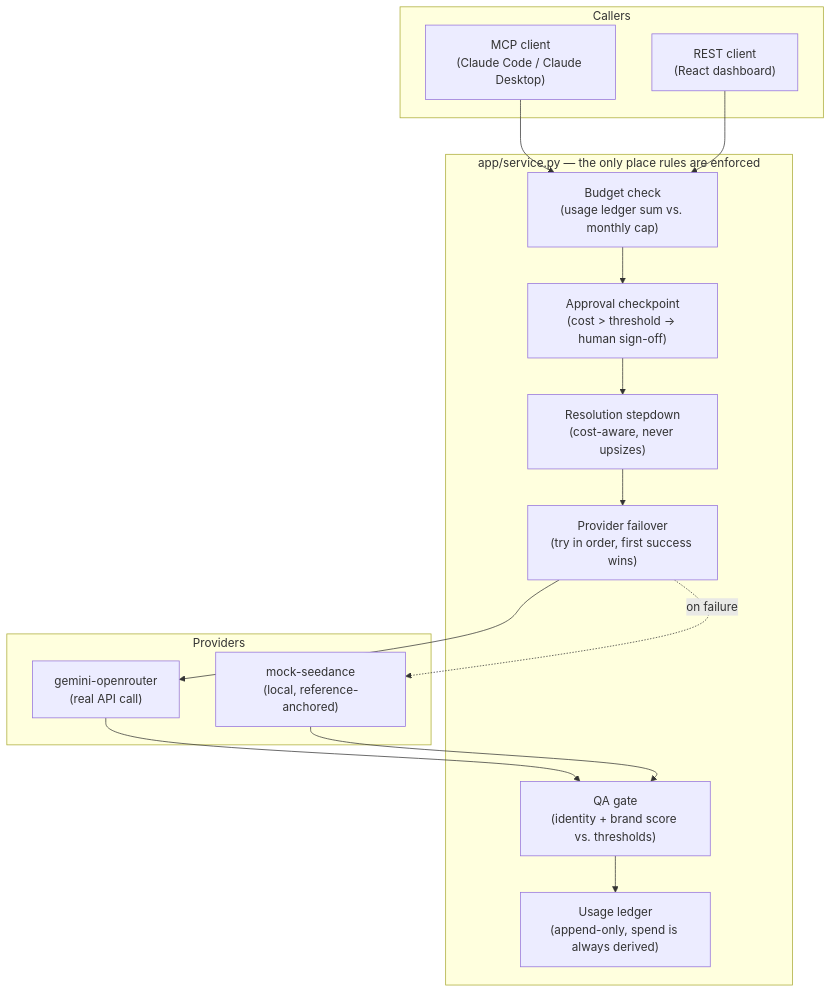
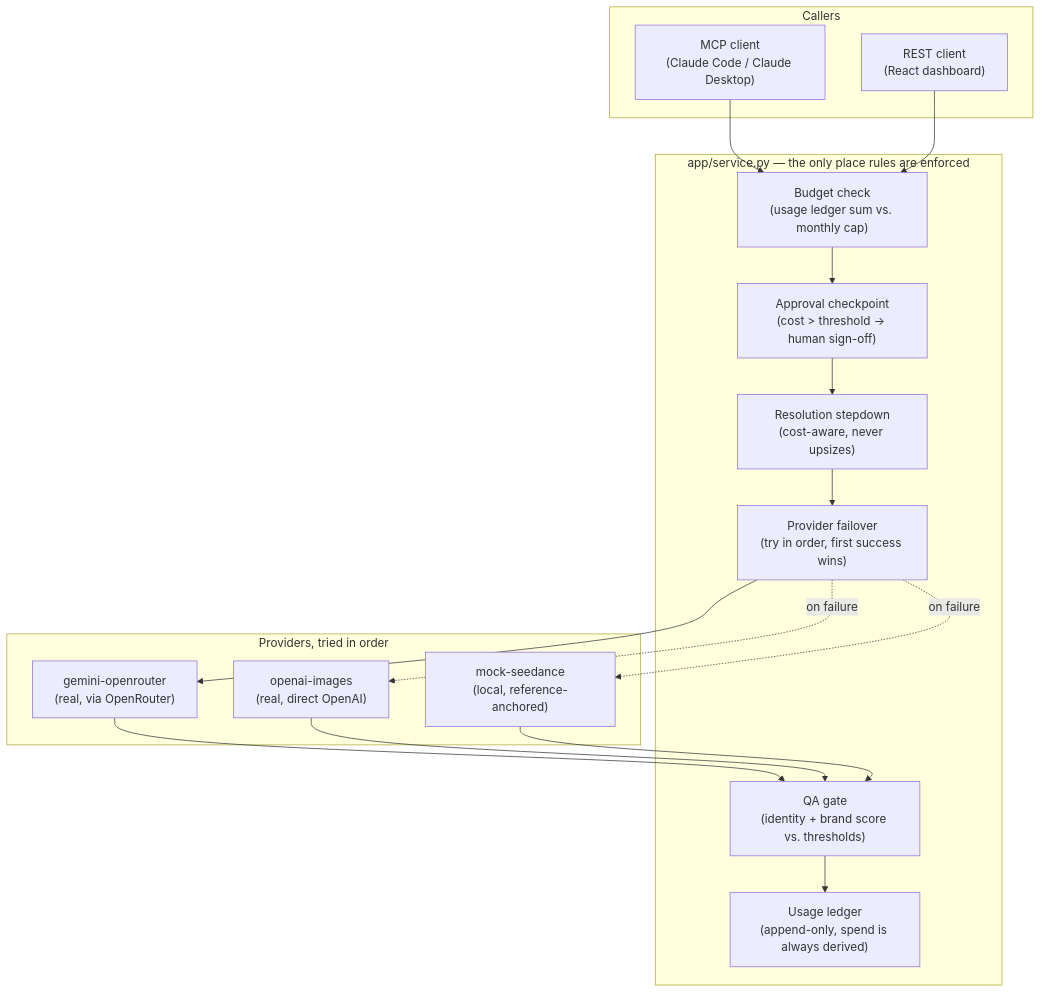
One commit to janivana23/mediaops-agent changed the diagram in README.md. Above: the diagram before and after it, drawn with Mermaid. The commit also changed other lines of this file and 15 other files, not shown here.

````diff
--- a/README.md
+++ b/README.md
@@ -32,30 +32,33 @@
 ```mermaid
 flowchart TB
     subgraph clients["Callers"]
         MCP["MCP client<br/>(Claude Code / Claude Desktop)"]
         REST["REST client<br/>(React dashboard)"]
     end
 
     subgraph core["app/service.py — the only place rules are enforced"]
         BUDGET["Budget check<br/>(usage ledger sum vs. monthly cap)"]
         APPROVAL["Approval checkpoint<br/>(cost &gt; threshold → human sign-off)"]
         RES["Resolution stepdown<br/>(cost-aware, never upsizes)"]
         FAILOVER["Provider failover<br/>(try in order, first success wins)"]
         QA["QA gate<br/>(identity + brand score vs. thresholds)"]
         LEDGER["Usage ledger<br/>(append-only, spend is always derived)"]
     end
 
-    subgraph providers["Providers"]
-        GEMINI["gemini-openrouter<br/>(real API call)"]
+    subgraph providers["Providers, tried in order"]
+        GEMINI["gemini-openrouter<br/>(real, via OpenRouter)"]
+        OPENAI["openai-images<br/>(real, direct OpenAI)"]
         MOCK["mock-seedance<br/>(local, reference-anchored)"]
     end
 
     MCP --> BUDGET
     REST --> BUDGET
     BUDGET --> APPROVAL --> RES --> FAILOVER
     FAILOVER --> GEMINI
+    FAILOVER -.on failure.-> OPENAI
     FAILOVER -.on failure.-> MOCK
     GEMINI --> QA
+    OPENAI --> QA
     MOCK --> QA
     QA --> LEDGER
 ```
````
